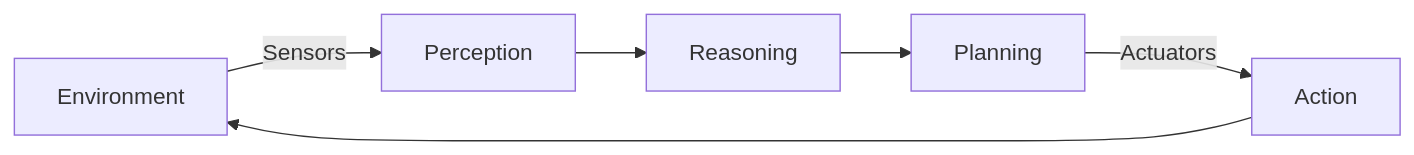
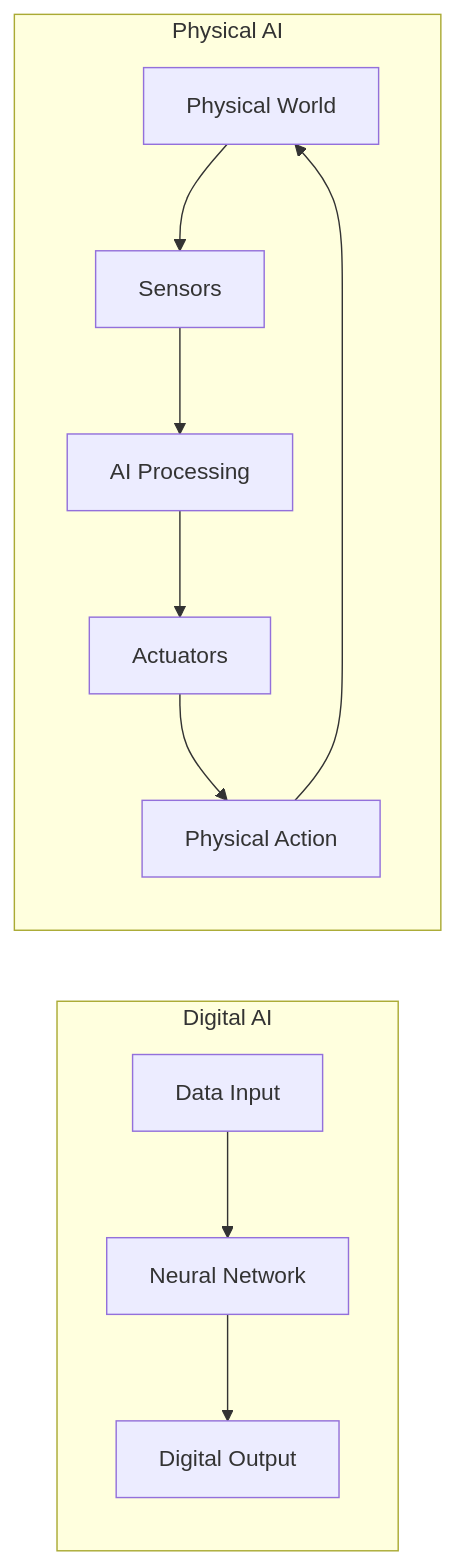
Before and after one commit to farazahmed7530/physical-ai-textbook: the first of 7 diagrams in textbook/docs/introduction/physical-ai.mdx, drawn with Mermaid. The commit also changed other lines of this file and 30 other files, not shown here.

````diff
--- a/textbook/docs/introduction/physical-ai.mdx
+++ b/textbook/docs/introduction/physical-ai.mdx
@@ -35,8 +34,14 @@
 ```mermaid
 graph LR
-    A[Environment] -->|Sensors| B[Perception]
-    B --> C[Reasoning]
-    C --> D[Planning]
-    D -->|Actuators| E[Action]
-    E --> A
+    subgraph "Digital AI"
+        A[Data Input] --> B[Neural Network]
+        B --> C[Digital Output]
+    end
+    subgraph "Physical AI"
+        D[Physical World] --> E[Sensors]
+        E --> F[AI Processing]
+        F --> G[Actuators]
+        G --> H[Physical Action]
+        H --> D
+    end
 ```
````
